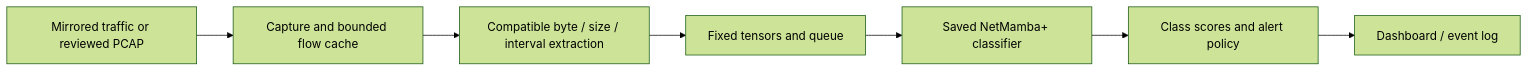
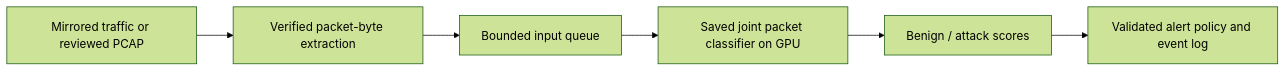
One commit to buffbeefalo/netmambaplus-reproduction changed the diagram in docs/customer/hardware-roadmap.md. Above: the diagram before and after it, drawn with Mermaid (forest theme). The commit also changed other lines of this file and 50 other files, not shown here.

````diff
--- a/docs/customer/hardware-roadmap.md
+++ b/docs/customer/hardware-roadmap.md
@@ -7,9 +7,8 @@
 ```mermaid
 flowchart LR
-    A[Mirrored traffic or reviewed PCAP] --> B[Capture and bounded flow cache]
-    B --> C[Compatible byte / size / interval extraction]
-    C --> D[Fixed tensors and queue]
-    D --> E[Saved NetMamba+ classifier]
-    E --> F[Class scores and alert policy]
-    F --> G[Dashboard / event log]
+    A[Mirrored traffic or reviewed PCAP] --> B[Verified packet-byte extraction]
+    B --> C[Bounded input queue]
+    C --> D[Saved joint packet classifier on GPU]
+    D --> E[Benign / attack scores]
+    E --> F[Validated alert policy and event log]
 ```
````
